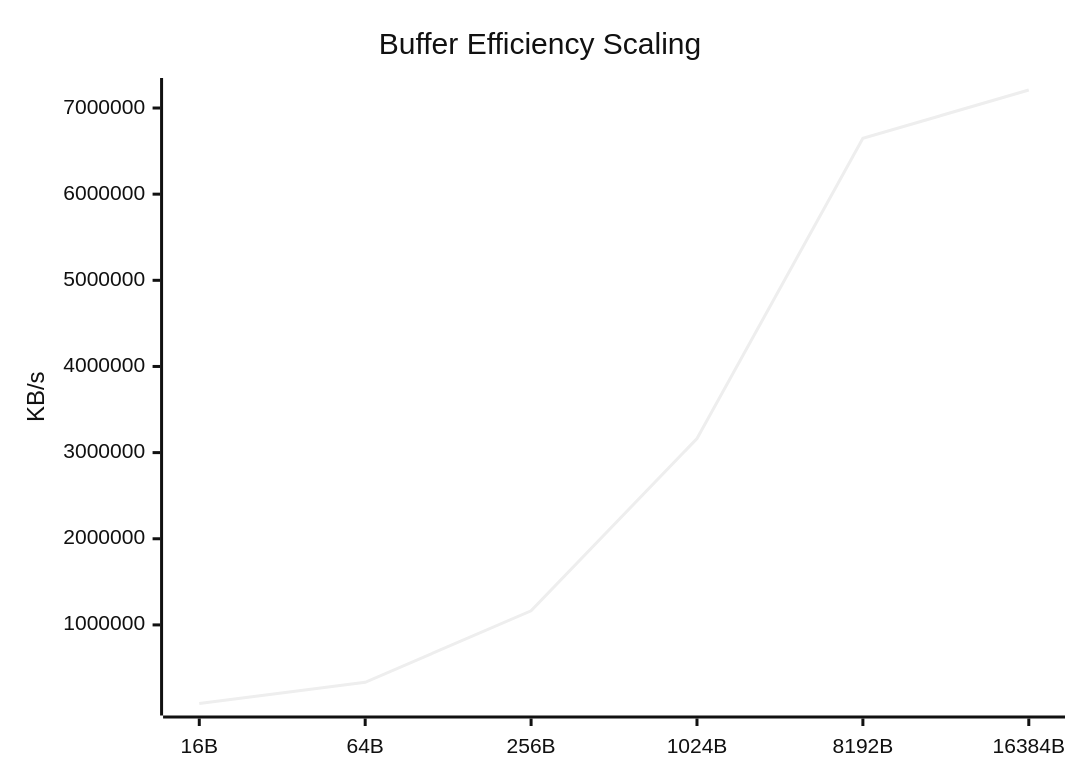
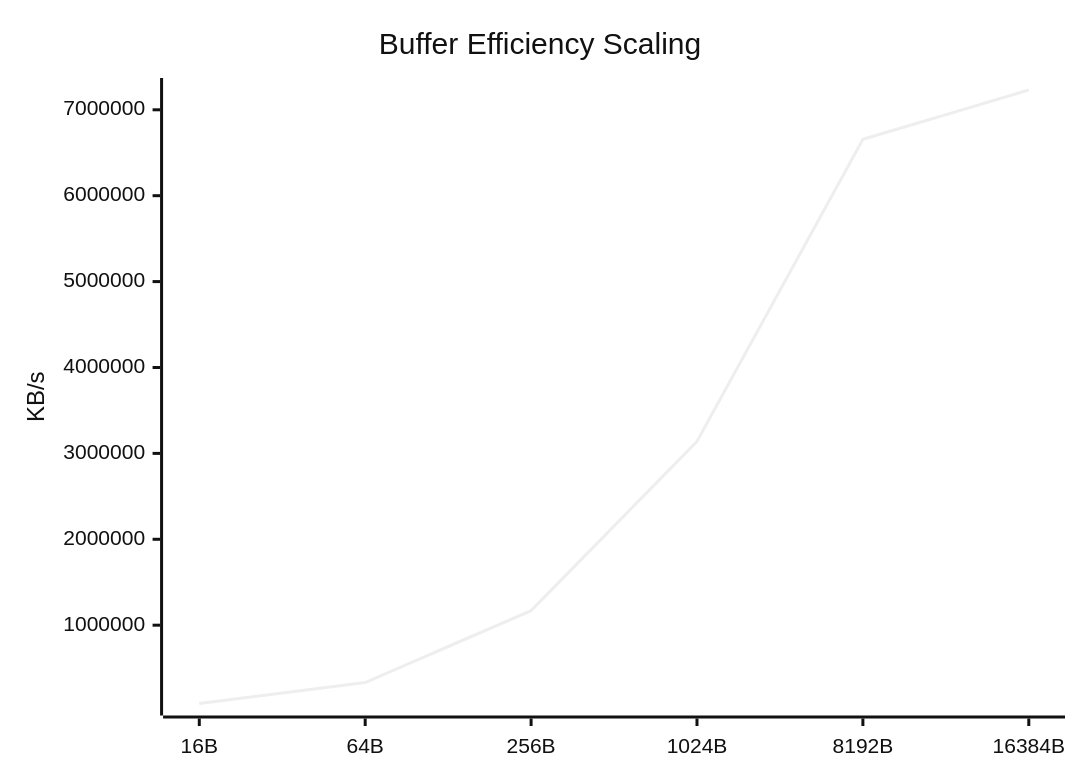
Before and after one commit to taha2samy/openssl_fips: the sixth of 9 diagrams in docs/Comparison_Report.md, drawn with Mermaid (neutral theme). The commit also changed other lines of this file and 2 other files, not shown here.

````diff
--- a/docs/Comparison_Report.md
+++ b/docs/Comparison_Report.md
@@ -102,7 +102,7 @@
 ```mermaid
 xychart-beta
     title "Buffer Efficiency Scaling"
     x-axis [16B, 64B, 256B, 1024B, 8192B, 16384B]
     y-axis "KB/s"
-    line [87770.18, 334116.29, 1163433.98, 3163081.22, 6647771.14, 7209074.69]
+    line [88309.95, 332513.7, 1169470.98, 3139880.96, 6655541.25, 7230406.66]
 ```
````
